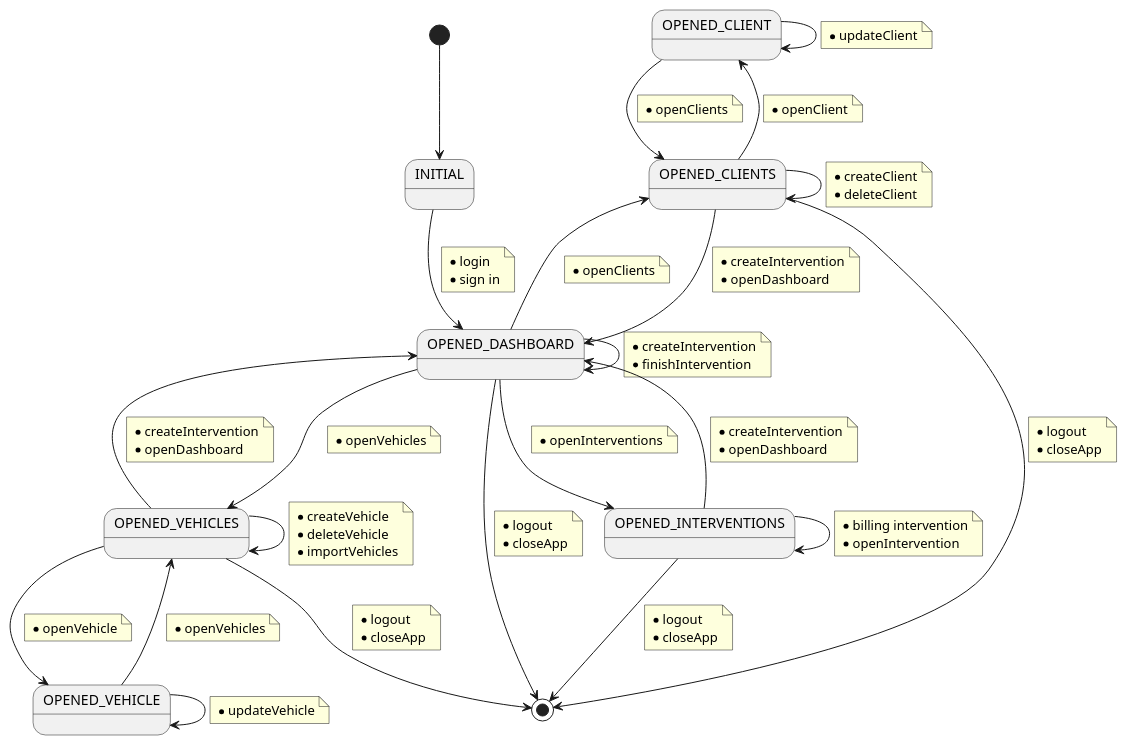
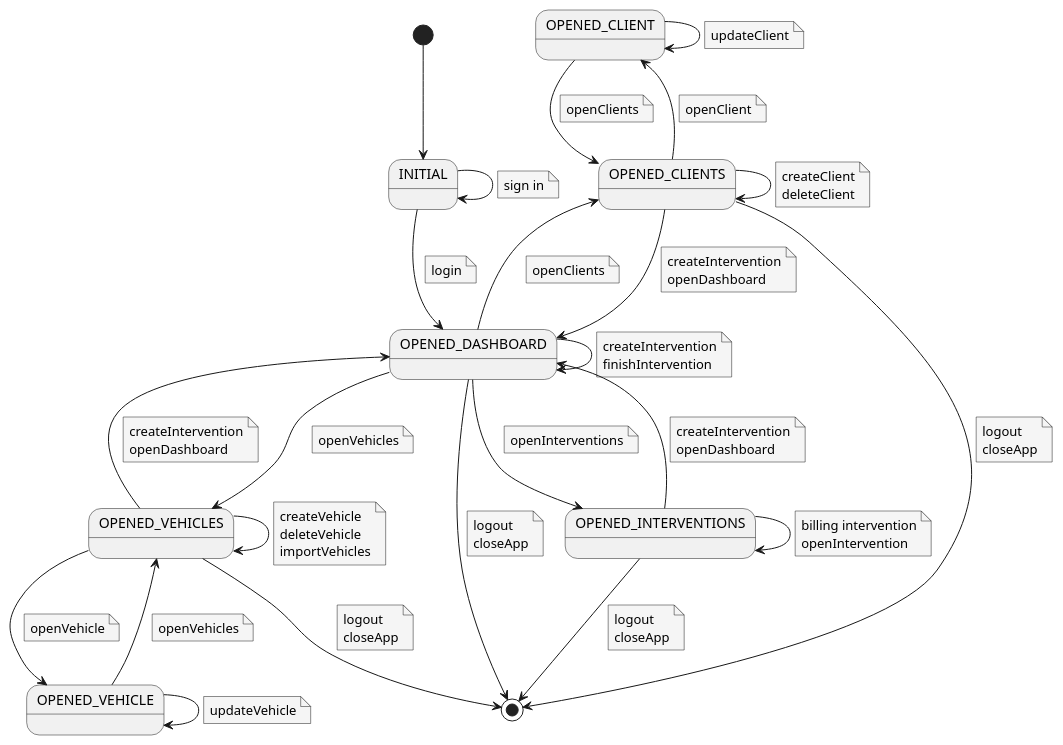
One commit to Ruskab/agrimManager changed the diagram in documentation/1requiremets/contextDiagram/puml/contextDiagram.puml. Above: the diagram before and after it, drawn with PlantUML.

Commit message:
estandarizo estilo

```diff
--- a/documentation/1requiremets/contextDiagram/puml/contextDiagram.puml
+++ b/documentation/1requiremets/contextDiagram/puml/contextDiagram.puml
@@ -1,117 +1,125 @@
 @startuml
+skinparam {
+    NoteBackgroundColor #whiteSmoke
+}
+
 [*] --> INITIAL
+
+INITIAL --> INITIAL
+note on link
+  sign in
+end note
 
 INITIAL --> OPENED_DASHBOARD
  note on link
-    * login
-    * sign in
+     login
  end note
 OPENED_DASHBOARD --> OPENED_VEHICLES
     note on link
-        * openVehicles
+         openVehicles
     end note
 OPENED_DASHBOARD --> OPENED_DASHBOARD
     note on link
-        * createIntervention
-        * finishIntervention
+         createIntervention
+         finishIntervention
     end note
 
 OPENED_VEHICLES --> OPENED_VEHICLES
     note on link
-        * createVehicle
-        * deleteVehicle
-        * importVehicles
+         createVehicle
+         deleteVehicle
+         importVehicles
     end note
 
 OPENED_VEHICLES --> OPENED_VEHICLE
     note on link
-    * openVehicle
+     openVehicle
     end note
 
 OPENED_VEHICLE --> OPENED_VEHICLE
     note on link
-    * updateVehicle
+     updateVehicle
     end note
 
 OPENED_VEHICLE --> OPENED_VEHICLES
     note on link
-        * openVehicles
+         openVehicles
     end note
 
 OPENED_VEHICLES --> OPENED_DASHBOARD
     note on link
-    * createIntervention
-    * openDashboard
+     createIntervention
+     openDashboard
     end note
 
 
 OPENED_DASHBOARD --> OPENED_CLIENTS
     note on link
-        * openClients
+         openClients
     end note
 OPENED_CLIENTS --> OPENED_CLIENTS
     note on link
-    * createClient
-    * deleteClient
+     createClient
+     deleteClient
     end note
 
 
 OPENED_CLIENTS -up-> OPENED_CLIENT
     note on link
-    * openClient
+     openClient
     end note
 
 OPENED_CLIENT --> OPENED_CLIENT
     note on link
-    * updateClient
+     updateClient
     end note
 
 OPENED_CLIENT --> OPENED_CLIENTS
     note on link
-        * openClients
+         openClients
     end note
 
 
 OPENED_CLIENTS --> OPENED_DASHBOARD
     note on link
-    * createIntervention
-    * openDashboard
+     createIntervention
+     openDashboard
     end note
 
 
 OPENED_DASHBOARD --> OPENED_INTERVENTIONS
     note on link
-        * openInterventions
+         openInterventions
     end note
 OPENED_INTERVENTIONS --> OPENED_INTERVENTIONS
     note on link
-        * billing intervention
-        * openIntervention
+         billing intervention
+         openIntervention
     end note
 OPENED_INTERVENTIONS --> OPENED_DASHBOARD
     note on link
-    * createIntervention
-    * openDashboard
+     createIntervention
+     openDashboard
     end note
 
 OPENED_DASHBOARD --> [*]
     note on link
-    * logout
-    * closeApp
+    logout
+    closeApp
     end note
 OPENED_VEHICLES --> [*]
     note on link
-    * logout
-    * closeApp
+    logout
+    closeApp
     end note
 OPENED_CLIENTS --> [*]
     note on link
-    * logout
-    * closeApp
+    logout
+    closeApp
     end note
 OPENED_INTERVENTIONS --> [*]
     note on link
-    * logout
-    * closeApp
+    logout
+    closeApp
     end note
 @enduml
```
